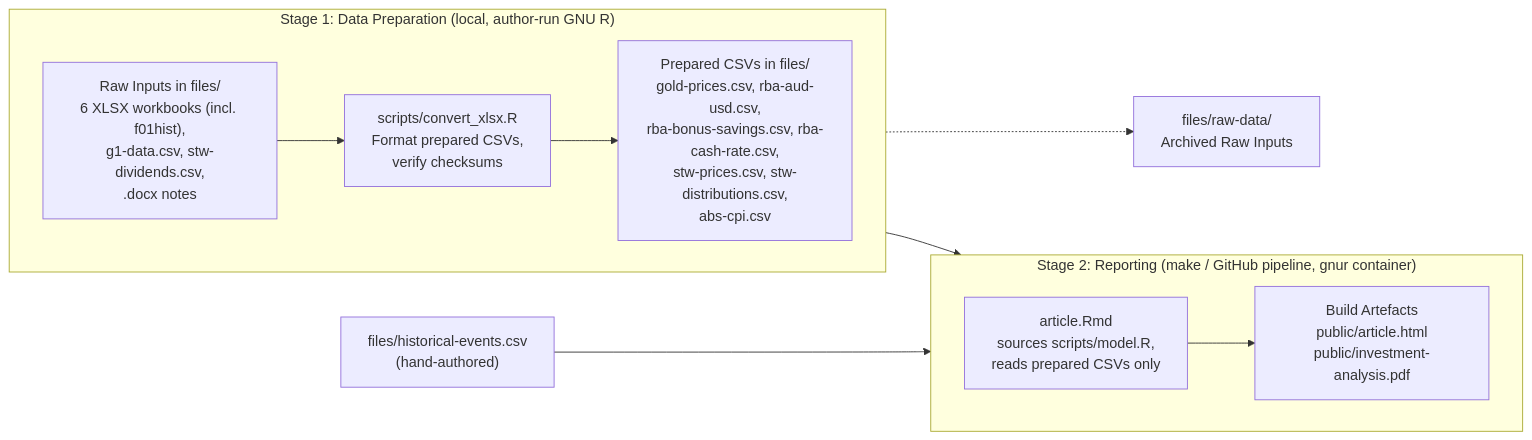
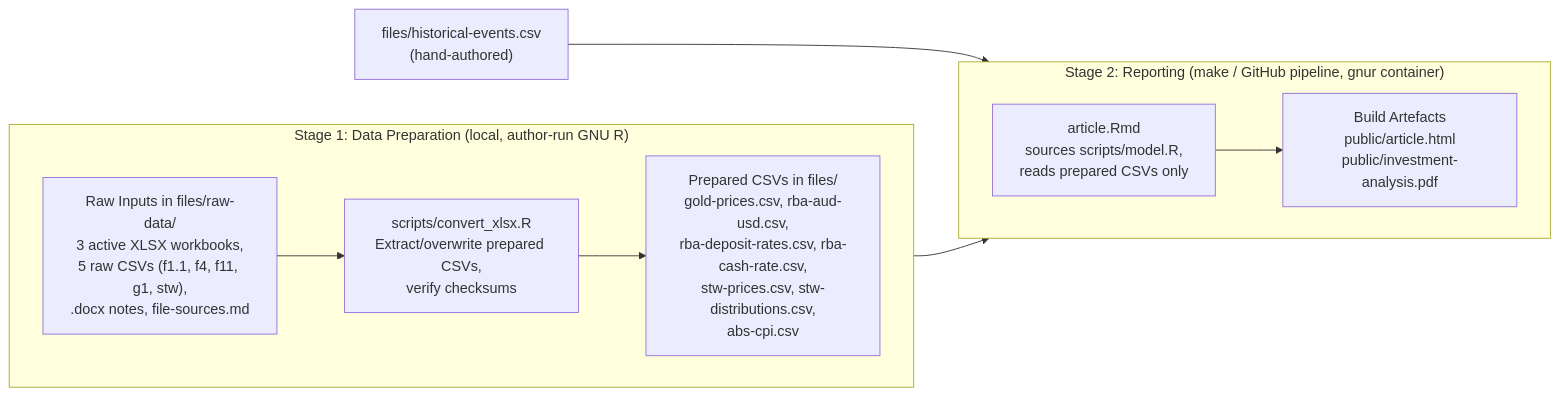
One commit to frankhjung/article-markdown changed the diagram in investment-analysis/files/requirements.md. Above: the diagram before and after it, drawn with Mermaid. The commit also changed other lines of this file and 15 other files, not shown here.

````diff
--- a/investment-analysis/files/requirements.md
+++ b/investment-analysis/files/requirements.md
@@ -259,20 +299,19 @@
 ```mermaid
 flowchart LR
     subgraph STAGE1["Stage 1: Data Preparation (local, author-run GNU R)"]
         direction LR
-        RAW["Raw Inputs in files/<br/>6 XLSX workbooks (incl. f01hist),<br/>g1-data.csv, stw-dividends.csv,<br/>.docx notes"]
-        S1["scripts/convert_xlsx.R<br/>Format prepared CSVs,<br/>verify checksums"]
-        CSV["Prepared CSVs in files/<br/>gold-prices.csv, rba-aud-usd.csv,<br/>rba-bonus-savings.csv, rba-cash-rate.csv,<br/>stw-prices.csv, stw-distributions.csv,<br/>abs-cpi.csv"]
+        RAW["Raw Inputs in files/raw-data/<br/>3 active XLSX workbooks,<br/>5 raw CSVs (f1.1, f4, f11, g1, stw),<br/>.docx notes, file-sources.md"]
+        S1["scripts/convert_xlsx.R<br/>Extract/overwrite prepared CSVs,<br/>verify checksums"]
+        CSV["Prepared CSVs in files/<br/>gold-prices.csv, rba-aud-usd.csv,<br/>rba-deposit-rates.csv, rba-cash-rate.csv,<br/>stw-prices.csv, stw-distributions.csv,<br/>abs-cpi.csv"]
         RAW --> S1 --> CSV
     end
-    S1 -.-> ARCH["files/raw-data/<br/>Archived Raw Inputs"]
     EVT["files/historical-events.csv<br/>(hand-authored)"]
     subgraph STAGE2["Stage 2: Reporting (make / GitHub pipeline, gnur container)"]
         direction LR
         RMD["article.Rmd<br/>sources scripts/model.R,<br/>reads prepared CSVs only"]
         OUT["Build Artefacts<br/>public/article.html<br/>public/investment-analysis.pdf"]
         RMD --> OUT
     end
     CSV --> RMD
     EVT --> RMD
 ```
````
